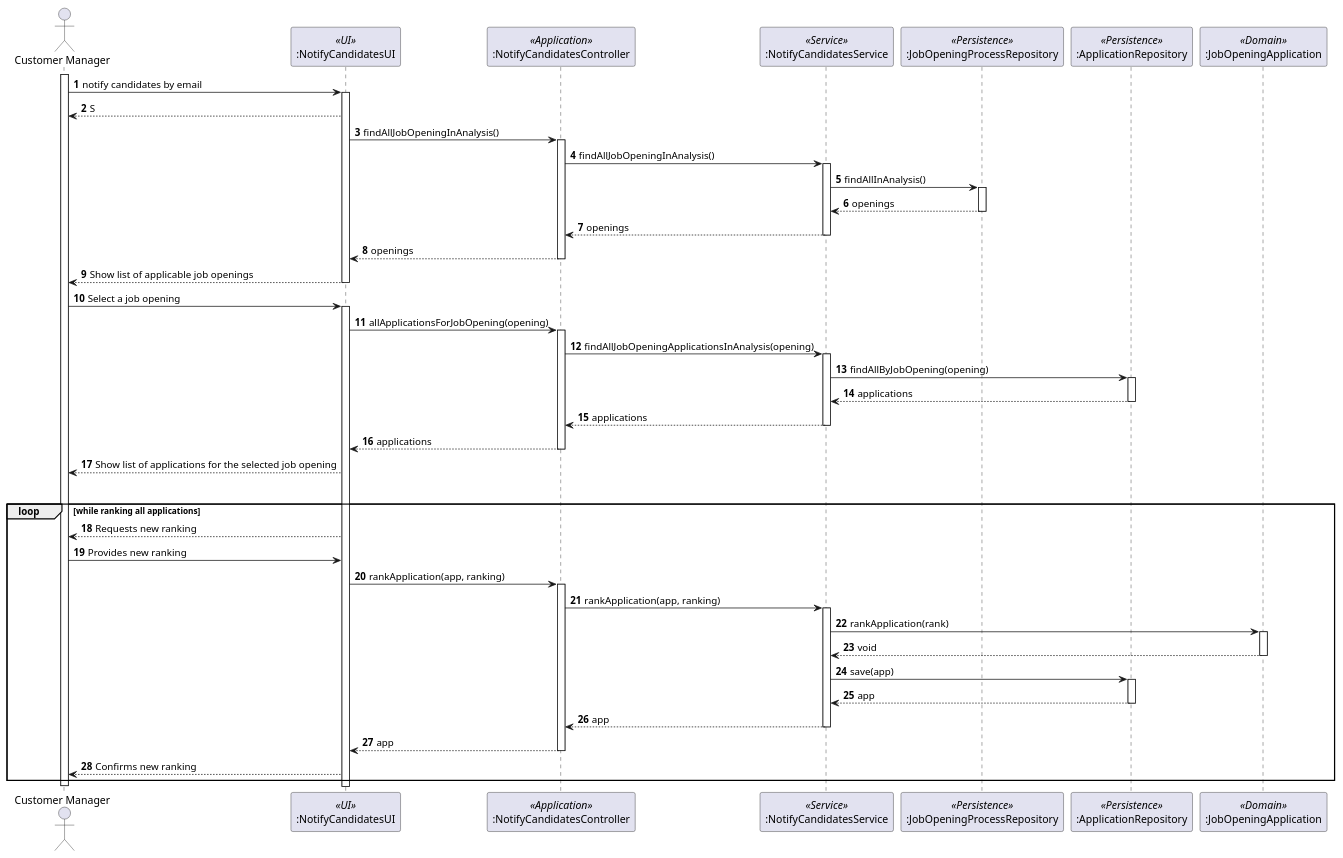
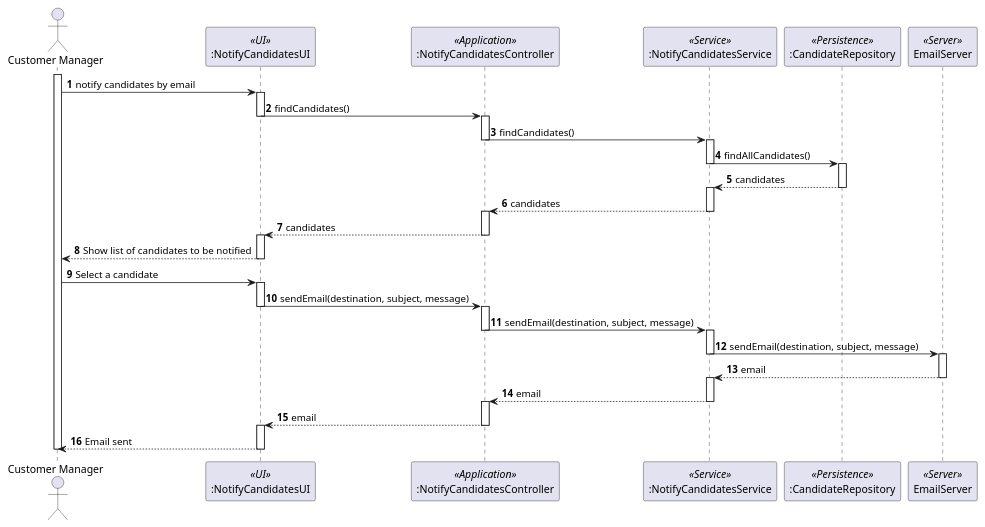
One commit to marcoferreira37/Lapr4 changed the diagram in docs/sprintC/1016/puml/1016-sequence-diagram.puml. Above: the diagram before and after it, drawn with PlantUML.

Commit message:
#41 update sequence diagram

```diff
--- a/docs/sprintC/1016/puml/1016-sequence-diagram.puml
+++ b/docs/sprintC/1016/puml/1016-sequence-diagram.puml
@@ -1,101 +1,103 @@
 @startuml
 
 actor "Customer Manager" as Agent
 participant ":NotifyCandidatesUI" as ui <<UI>>
 participant ":NotifyCandidatesController" as ctrl <<Application>>
 participant ":NotifyCandidatesService" as appServ <<Service>>
-participant ":JobOpeningProcessRepository" as jobRepo <<Persistence>>
-participant ":ApplicationRepository" as appRepo <<Persistence>>
-participant ":JobOpeningApplication" as app <<Domain>>
+
+participant ":CandidateRepository" as candRepo <<Persistence>>
+'participant ":ApplicationRepository" as appRepo <<Persistence>>
+'participant ":JobOpeningApplication" as app <<Domain>>
+participant "EmailServer" as server <<Server>>
 
 autonumber
 
 activate Agent
 
 Agent -> ui: notify candidates by email
 activate ui
 
-ui --> Agent : S
-ui -> ctrl: findAllJobOpeningInAnalysis()
+ui -> ctrl: findCandidates()
+deactivate ui
 activate ctrl
-ctrl -> appServ: findAllJobOpeningInAnalysis()
+
+ctrl -> appServ: findCandidates()
+
+deactivate ctrl
+
 activate appServ
-appServ -> jobRepo: findAllInAnalysis()
-activate jobRepo
-jobRepo --> appServ: openings
-deactivate
-appServ --> ctrl: openings
-deactivate
-ctrl --> ui: openings
-deactivate
-ui --> Agent: Show list of applicable job openings
-deactivate
-Agent -> ui : Select a job opening
+
+appServ -> candRepo: findAllCandidates()
+deactivate appServ
+
+activate candRepo
+
+candRepo --> appServ: candidates
+deactivate candRepo
+activate appServ
+deactivate candRepo
+
+
+appServ --> ctrl: candidates
+deactivate appServ
+activate ctrl
+
+deactivate appServ
+ctrl --> ui: candidates
+deactivate ctrl
 activate ui
 
-
-
-ui -> ctrl: allApplicationsForJobOpening(opening)
-
-activate ctrl
-
-ctrl -> appServ: findAllJobOpeningApplicationsInAnalysis(opening)
+deactivate ctrl
 
 
 
 
-activate appServ
-appServ -> appRepo: findAllByJobOpening(opening)
-activate appRepo
-appRepo --> appServ: applications
-deactivate
+ui --> Agent : Show list of candidates to be notified
+deactivate ui
+Agent -> ui: Select a candidate
+activate ui
 
-appServ --> ctrl: applications
-deactivate
-
-ctrl --> ui: applications
-deactivate
-
-ui --> Agent : Show list of applications for the selected job opening
-alt User wants to re-rank an application
-loop while ranking all applications
-
-ui --> Agent : Requests new ranking
-
-Agent -> ui : Provides new ranking
-ui -> ctrl : rankApplication(app, ranking)
+ui -> ctrl: sendEmail(destination, subject, message)
+deactivate ui
 
 activate ctrl
-ctrl -> appServ : rankApplication(app, ranking)
+
+ctrl -> appServ: sendEmail(destination, subject, message)
+deactivate ctrl
+activate appServ
+
+appServ -> server: sendEmail(destination, subject, message)
+deactivate appServ
+
+activate server
+
+server --> appServ: email
+deactivate server
 
 activate appServ
 
-appServ -> app : rankApplication(rank)
+appServ --> ctrl: email
+deactivate appServ
+
+activate ctrl
+
+ctrl --> ui: email
+deactivate ctrl
 
 
-activate app
+activate ui
 
-app --> appServ : void
+ui --> Agent : Email sent
 
-deactivate app
+deactivate ui
 
 
 
-appServ -> appRepo : save(app)
-activate appRepo
-appRepo --> appServ : app
-deactivate
-appServ --> ctrl : app
-deactivate
-ctrl --> ui : app
-deactivate
-ui --> Agent  : Confirms new ranking
 
 
-end loop
 
 deactivate Agent
 
 
 
 @enduml
```
